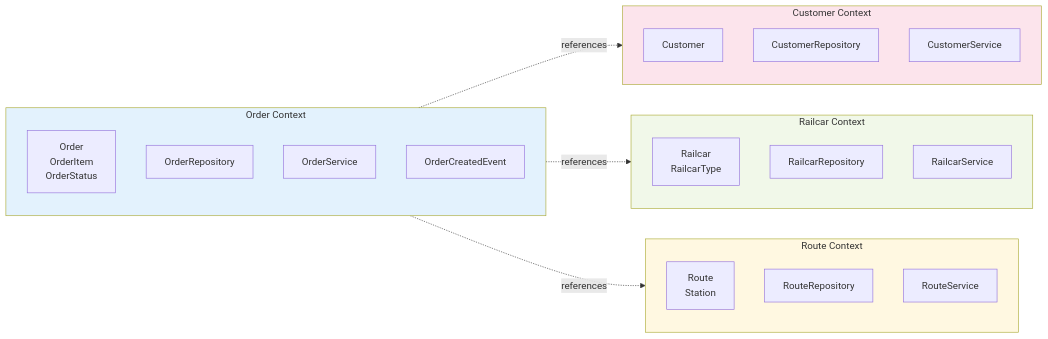
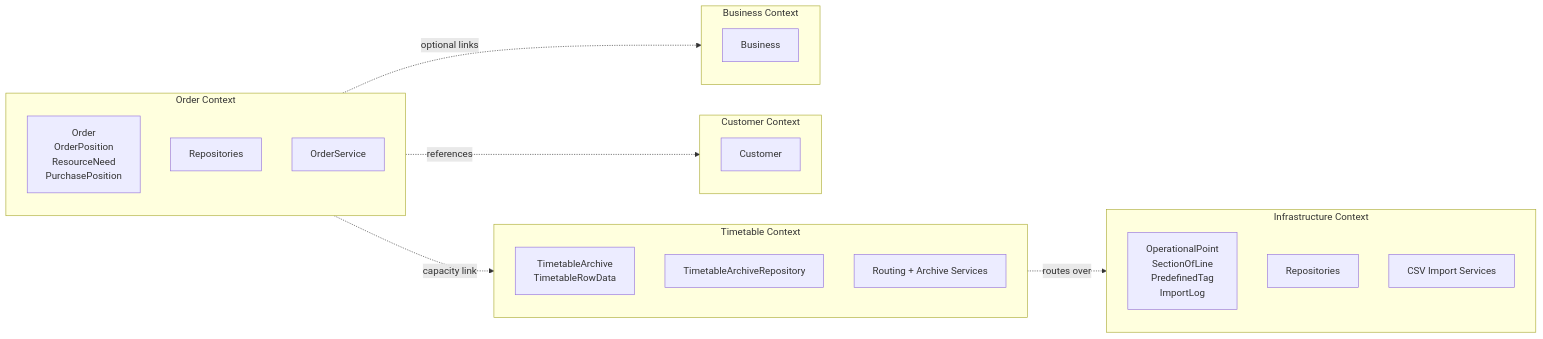
Before and after one commit to kron12345/railway-order-mgmt: the seventh of 7 diagrams in docs/ARCHITECTURE.md, drawn with Mermaid. The commit also changed other lines of this file and 45 other files, not shown here.

Commit message:
Add timetable builder and document order position flows

````diff
--- a/docs/ARCHITECTURE.md
+++ b/docs/ARCHITECTURE.md
@@ -95,36 +143,33 @@
 ```mermaid
 graph LR
     subgraph Order["Order Context"]
-        O_M["Order<br/>OrderItem<br/>OrderStatus"]
-        O_R["OrderRepository"]
+        O_M["Order<br/>OrderPosition<br/>ResourceNeed<br/>PurchasePosition"]
+        O_R["Repositories"]
         O_S["OrderService"]
-        O_E["OrderCreatedEvent"]
+    end
+
+    subgraph Timetable["Timetable Context"]
+        T_M["TimetableArchive<br/>TimetableRowData"]
+        T_R["TimetableArchiveRepository"]
+        T_S["Routing + Archive Services"]
+    end
+
+    subgraph InfraDomain["Infrastructure Context"]
+        I_M["OperationalPoint<br/>SectionOfLine<br/>PredefinedTag<br/>ImportLog"]
+        I_R["Repositories"]
+        I_S["CSV Import Services"]
     end
 
     subgraph Customer["Customer Context"]
         C_M["Customer"]
-        C_R["CustomerRepository"]
-        C_S["CustomerService"]
     end
 
-    subgraph Railcar["Railcar Context"]
-        R_M["Railcar<br/>RailcarType"]
-        R_R["RailcarRepository"]
-        R_S["RailcarService"]
-    end
-
-    subgraph Route["Route Context"]
-        RT_M["Route<br/>Station"]
-        RT_R["RouteRepository"]
-        RT_S["RouteService"]
+    subgraph Business["Business Context"]
+        B_M["Business"]
     end
 
     Order -.->|references| Customer
-    Order -.->|references| Railcar
-    Order -.->|references| Route
-
-    style Order fill:#e3f2fd
-    style Customer fill:#fce4ec
-    style Railcar fill:#f1f8e9
-    style Route fill:#fff8e1
+    Order -.->|optional links| Business
+    Order -.->|capacity link| Timetable
+    Timetable -.->|routes over| InfraDomain
 ```
````
